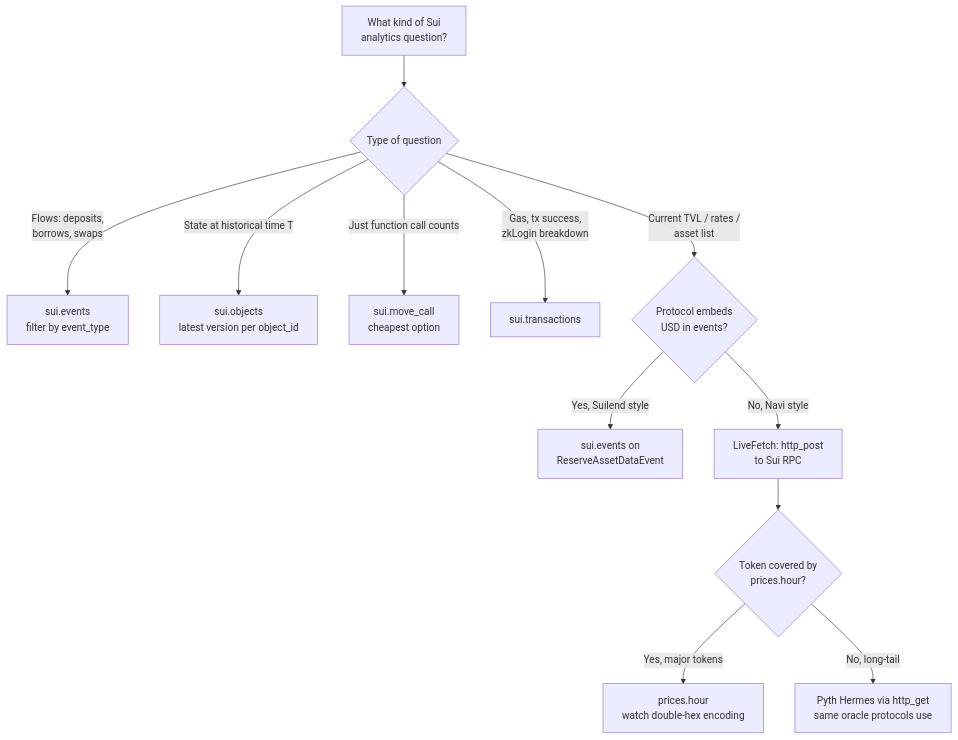
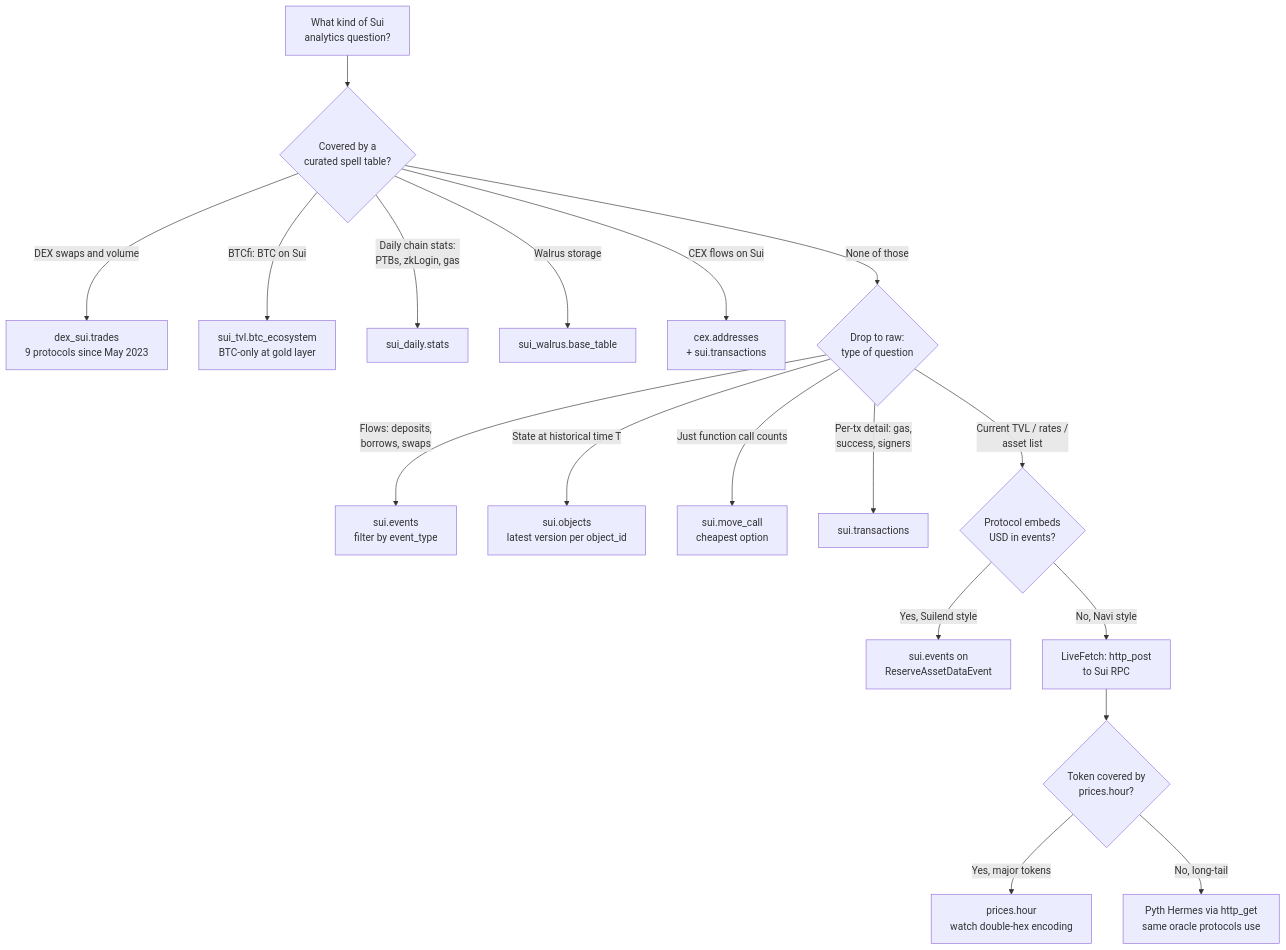
One commit to vchrl/dune-sui-query-builder changed the second of 2 diagrams in README.md. Above: the diagram before and after it, drawn with Mermaid. The commit also changed other lines of this file and 1 other file, not shown here.

Commit message:
docs: README mermaid includes 5 curated spell tables; sui-curated-tables.md title accuracy
- README 'Which Dune source for what?' decision tree adds top-level branch
  asking 'Covered by a curated spell table?' listing all 5 (dex_sui.trades,
  sui_tvl.btc_ecosystem, sui_daily.stats, sui_walrus.base_table, cex.addresses)
  before falling through to the raw-events tree
- Adjusted sui.transactions branch label: 'Per-tx detail' since aggregate
  use case is now covered by sui_daily.stats
- sui-curated-tables.md: dropped 'DEX &' from H1 (matches filename scope)
- sui-curated-tables.md: dropped 'DEX/' prefix + stale v0.1.1 version pin
  from V0.1 caveats intro

No version bump, no tag, no CHANGELOG entry — cosmetic / accuracy polish.

````diff
--- a/README.md
+++ b/README.md
@@ -66,17 +66,24 @@
 ```mermaid
 flowchart TD
-    Start[What kind of Sui<br/>analytics question?] --> A{Type of question}
+    Start[What kind of Sui<br/>analytics question?] --> Curated{Covered by a<br/>curated spell table?}
+
+    Curated -->|DEX swaps and volume| C1[dex_sui.trades<br/>9 protocols since May 2023]
+    Curated -->|BTCfi: BTC on Sui| C2[sui_tvl.btc_ecosystem<br/>BTC-only at gold layer]
+    Curated -->|Daily chain stats:<br/>PTBs, zkLogin, gas| C3[sui_daily.stats]
+    Curated -->|Walrus storage| C4[sui_walrus.base_table]
+    Curated -->|CEX flows on Sui| C5[cex.addresses<br/>+ sui.transactions]
+    Curated -->|None of those| A{Drop to raw:<br/>type of question}
 
     A -->|Flows: deposits,<br/>borrows, swaps| E1[sui.events<br/>filter by event_type]
     A -->|State at historical time T| E2[sui.objects<br/>latest version per object_id]
     A -->|Just function call counts| E3[sui.move_call<br/>cheapest option]
-    A -->|Gas, tx success,<br/>zkLogin breakdown| E4[sui.transactions]
+    A -->|Per-tx detail: gas,<br/>success, signers| E4[sui.transactions]
     A -->|Current TVL / rates /<br/>asset list| Live{Protocol embeds<br/>USD in events?}
 
     Live -->|Yes, Suilend style| E5[sui.events on<br/>ReserveAssetDataEvent]
     Live -->|No, Navi style| E6[LiveFetch: http_post<br/>to Sui RPC]
 
     E6 --> P{Token covered by<br/>prices.hour?}
     P -->|Yes, major tokens| E7[prices.hour<br/>watch double-hex encoding]
     P -->|No, long-tail| E8[Pyth Hermes via http_get<br/>same oracle protocols use]
 ```
````
